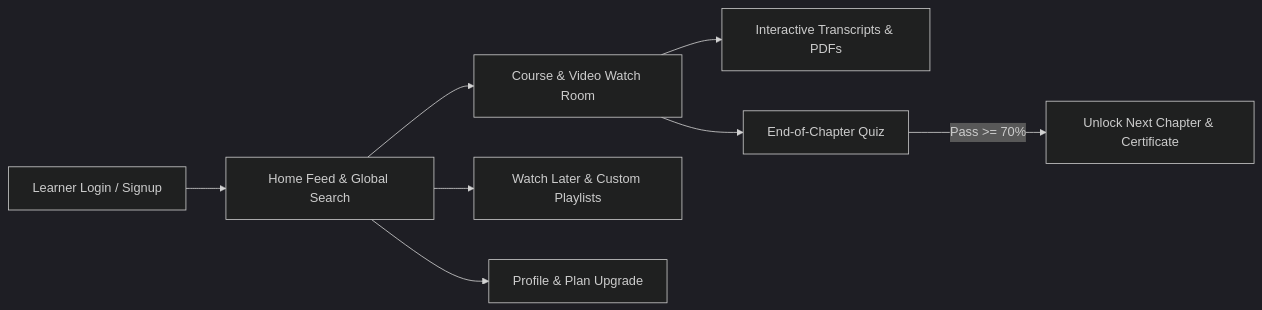
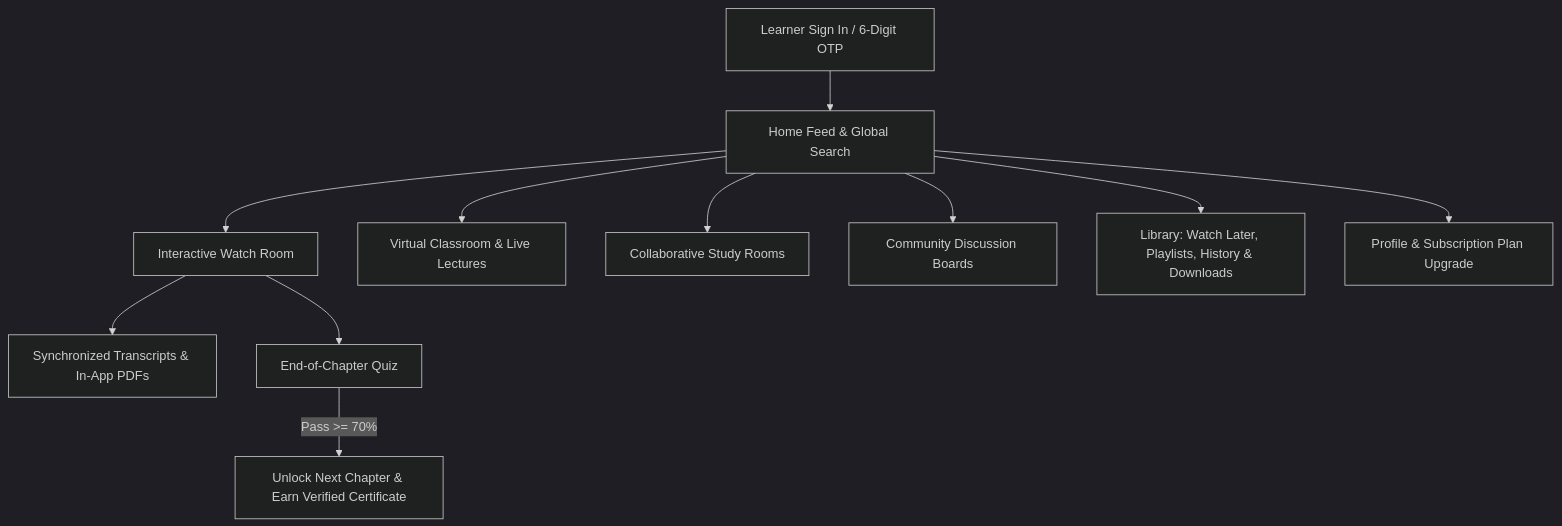
Before and after one commit to kirankumarm-blip/VideoStreeming: the diagram in docs/USER_PORTAL_USER_MANUAL.md, drawn with Mermaid (dark theme). The commit also changed other lines of this file and 67 other files, not shown here.

Commit message:
Update ERD diagrams, docs, test cases, MinIO upload integration, and admin portal fixes

````diff
--- a/docs/USER_PORTAL_USER_MANUAL.md
+++ b/docs/USER_PORTAL_USER_MANUAL.md
@@ -44,10 +51,13 @@
 ```mermaid
-graph LR
-    A[Learner Login / Signup] --> B[Home Feed & Global Search]
-    B --> C[Course & Video Watch Room]
-    C --> D[Interactive Transcripts & PDFs]
-    C --> E[End-of-Chapter Quiz]
-    E -->|Pass >= 70%| F[Unlock Next Chapter & Certificate]
-    B --> G[Watch Later & Custom Playlists]
-    B --> H[Profile & Plan Upgrade]
+graph TD
+    A[Learner Sign In / 6-Digit OTP] --> B[Home Feed & Global Search]
+    B --> C[Interactive Watch Room]
+    B --> D[Virtual Classroom & Live Lectures]
+    B --> E[Collaborative Study Rooms]
+    B --> F[Community Discussion Boards]
+    C --> G[Synchronized Transcripts & In-App PDFs]
+    C --> H[End-of-Chapter Quiz]
+    H -->|Pass >= 70%| I[Unlock Next Chapter & Earn Verified Certificate]
+    B --> J[Library: Watch Later, Playlists, History & Downloads]
+    B --> K[Profile & Subscription Plan Upgrade]
 ```
````
